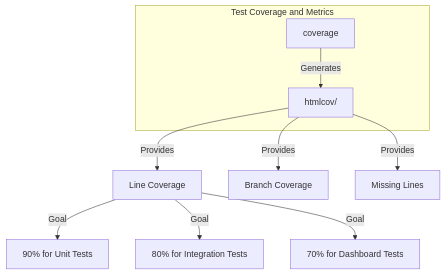
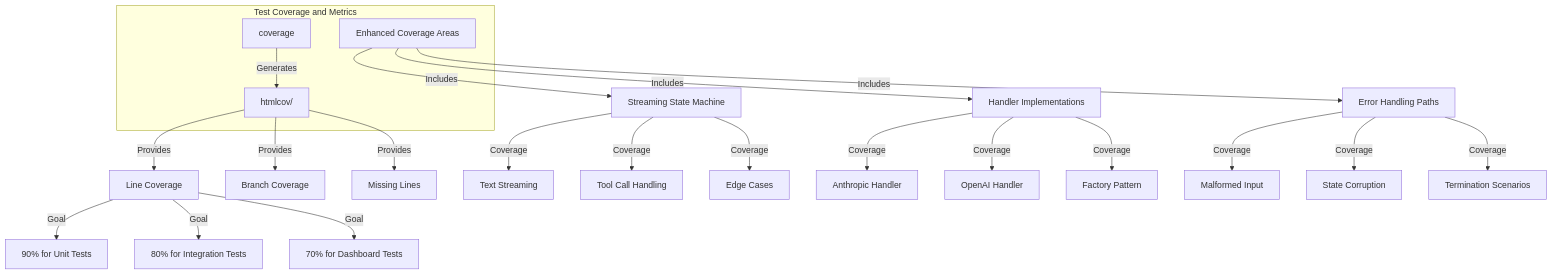
Before and after one commit to CedarVerse/vandamme-proxy: the fifth of 5 diagrams in .qoder/repowiki/en/content/Testing Strategy/Testing Strategy.md, drawn with Mermaid. The commit also changed other lines of this file and 9 other files, not shown here.

````diff
--- a/.qoder/repowiki/en/content/Testing Strategy/Testing Strategy.md
+++ b/.qoder/repowiki/en/content/Testing Strategy/Testing Strategy.md
@@ -294,14 +378,27 @@
 ```mermaid
 graph TD
 subgraph "Test Coverage and Metrics"
 CoverageTarget[coverage]
 CoverageReport[htmlcov/]
+EnhancedCoverage[Enhanced Coverage Areas]
 end
 CoverageTarget --> |Generates| CoverageReport
 CoverageReport --> |Provides| LineCoverage["Line Coverage"]
 CoverageReport --> |Provides| BranchCoverage["Branch Coverage"]
 CoverageReport --> |Provides| MissingLines["Missing Lines"]
+EnhancedCoverage --> |Includes| StreamingStateMachine["Streaming State Machine"]
+EnhancedCoverage --> |Includes| HandlerImplementations["Handler Implementations"]
+EnhancedCoverage --> |Includes| ErrorHandlingPaths["Error Handling Paths"]
 LineCoverage --> |Goal| UnitTests["90% for Unit Tests"]
 LineCoverage --> |Goal| IntegrationTests["80% for Integration Tests"]
 LineCoverage --> |Goal| DashboardTests["70% for Dashboard Tests"]
+StreamingStateMachine --> |Coverage| TextStreaming["Text Streaming"]
+StreamingStateMachine --> |Coverage| ToolCalls["Tool Call Handling"]
+StreamingStateMachine --> |Coverage| EdgeCases["Edge Cases"]
+HandlerImplementations --> |Coverage| AnthropicHandler["Anthropic Handler"]
+HandlerImplementations --> |Coverage| OpenAIHandler["OpenAI Handler"]
+HandlerImplementations --> |Coverage| FactoryPattern["Factory Pattern"]
+ErrorHandlingPaths --> |Coverage| MalformedInput["Malformed Input"]
+ErrorHandlingPaths --> |Coverage| StateCorruption["State Corruption"]
+ErrorHandlingPaths --> |Coverage| TerminationScenarios["Termination Scenarios"]
 ```
````
